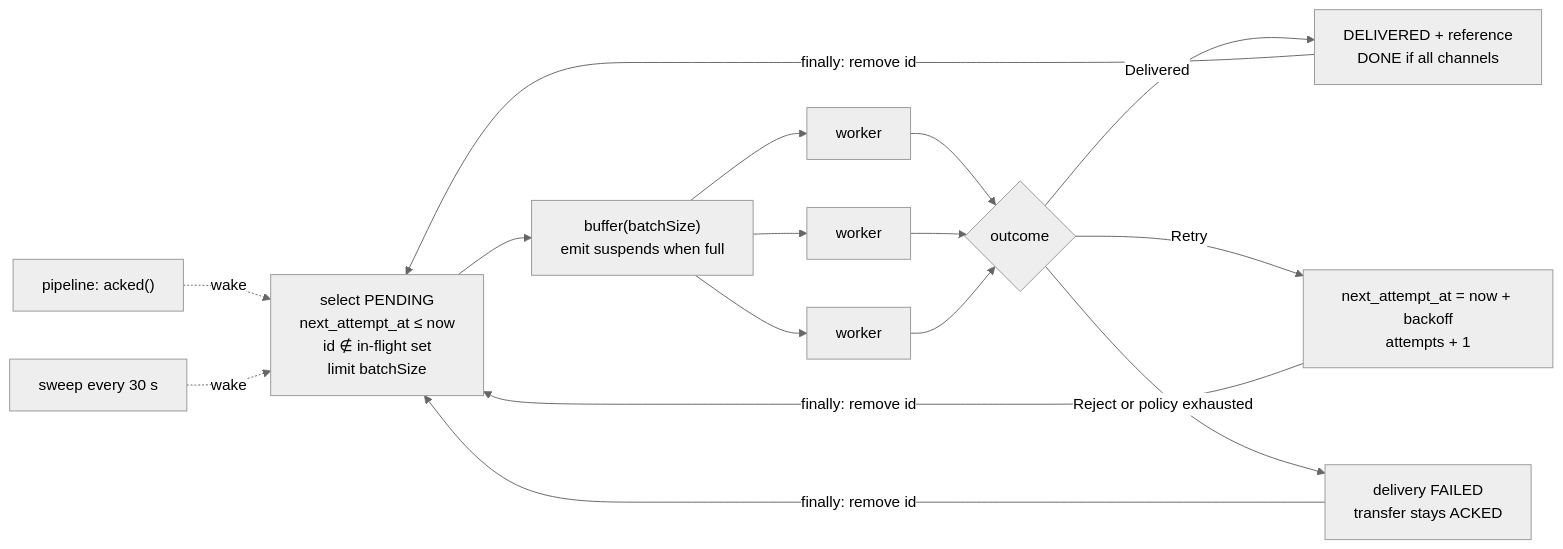
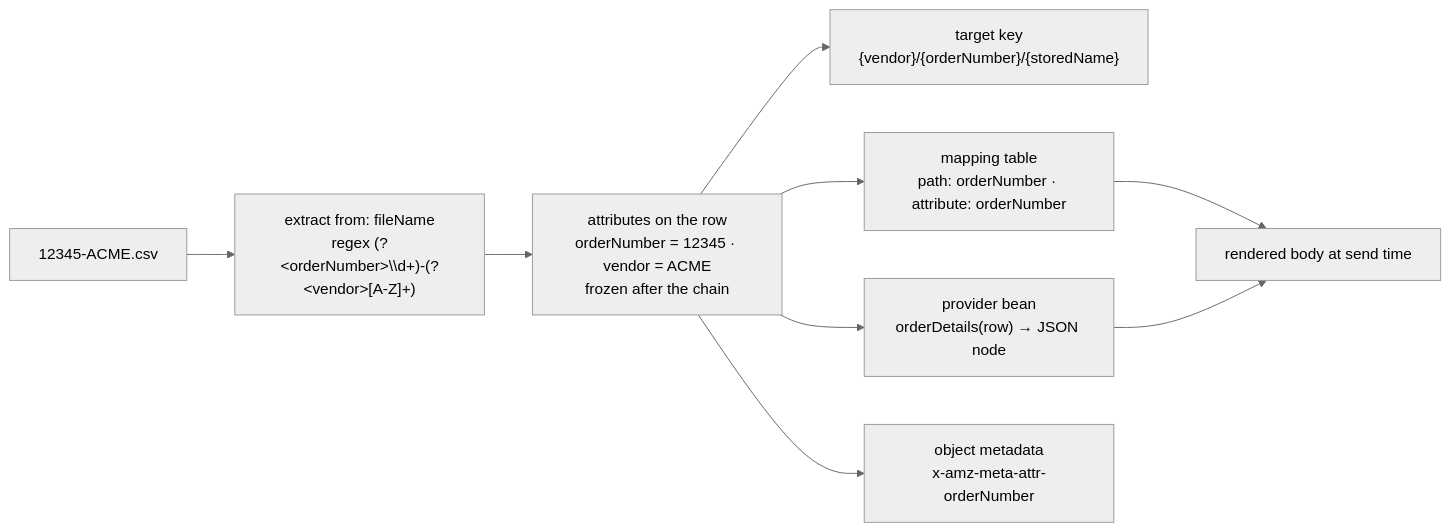
One commit to Chang-Chia-Chi/Kotlin_Practice changed the fourth of 5 diagrams in docs/shuttle/overview.md. Above: the diagram before and after it, drawn with Mermaid (neutral theme). The commit also changed other lines of this file and 1 other file, not shown here.

````diff
--- a/docs/shuttle/overview.md
+++ b/docs/shuttle/overview.md
@@ -216,12 +152,11 @@
 ```mermaid
 flowchart LR
-    Q["select PENDING<br/>next_attempt_at ≤ now<br/>id ∉ in-flight set<br/>limit batchSize"] --> B["buffer(batchSize)<br/>emit suspends when full"]
-    B --> W1[worker] & W2[worker] & W3[worker]
-    W1 & W2 & W3 --> O{outcome}
-    O -->|Delivered| DEL["DELIVERED + reference<br/>DONE if all channels"]
-    O -->|Retry| RT["next_attempt_at = now + backoff<br/>attempts + 1"]
-    O -->|Reject or policy exhausted| FL["delivery FAILED<br/>transfer stays ACKED"]
-    DEL & RT & FL -->|finally: remove id| Q
-    ACK["pipeline: acked()"] -. wake .-> Q
-    T["sweep every 30 s"] -. wake .-> Q
+    FN["12345-ACME.csv"] --> EX["extract from: fileName<br/>regex (?&lt;orderNumber&gt;\\d+)-(?&lt;vendor&gt;[A-Z]+)"]
+    EX --> AT["attributes on the row<br/>orderNumber = 12345 · vendor = ACME<br/>frozen after the chain"]
+    AT --> K["target key<br/>{vendor}/{orderNumber}/{storedName}"]
+    AT --> B["mapping table<br/>path: orderNumber · attribute: orderNumber"]
+    AT --> PR["provider bean<br/>orderDetails(row) → JSON node"]
+    AT --> M["object metadata<br/>x-amz-meta-attr-orderNumber"]
+    B --> BODY["rendered body at send time"]
+    PR --> BODY
 ```
````
